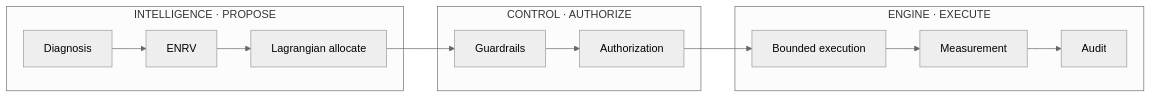
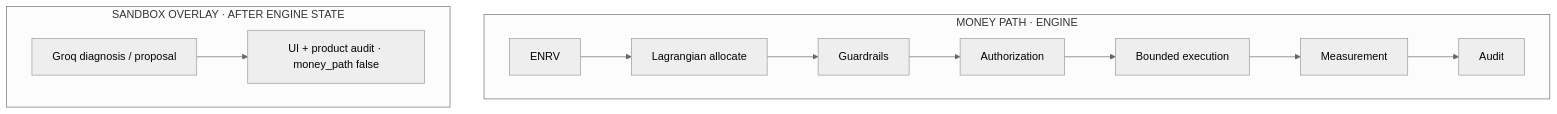
One commit to shriansh1625/razorpay_buildathon changed the third of 3 diagrams in docs/43-operating-architecture.md. Above: the diagram before and after it, drawn with Mermaid (neutral theme). The commit also changed other lines of this file and 24 other files, not shown here.

````diff
--- a/docs/43-operating-architecture.md
+++ b/docs/43-operating-architecture.md
@@ -49,18 +97,18 @@
 ```mermaid
-flowchart LR
-  subgraph INTELLIGENCE["INTELLIGENCE · PROPOSE"]
-    D[Diagnosis]
+flowchart TD
+  subgraph MONEY["MONEY PATH · ENGINE"]
     E[ENRV]
     A[Lagrangian allocate]
-  end
-  subgraph CONTROL["CONTROL · AUTHORIZE"]
     G[Guardrails]
     Z[Authorization]
-  end
-  subgraph ENGINE["ENGINE · EXECUTE"]
     X[Bounded execution]
     M[Measurement]
     J[Audit]
+    E --> A --> G --> Z --> X --> M --> J
   end
-  D --> E --> A --> G --> Z --> X --> M --> J
+  subgraph OVERLAY["SANDBOX OVERLAY · AFTER ENGINE STATE"]
+    GQ[Groq diagnosis / proposal]
+    UI[UI + product audit · money_path false]
+    GQ --> UI
+  end
 ```
````
